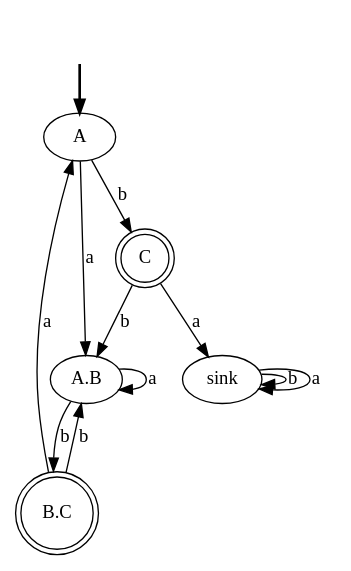
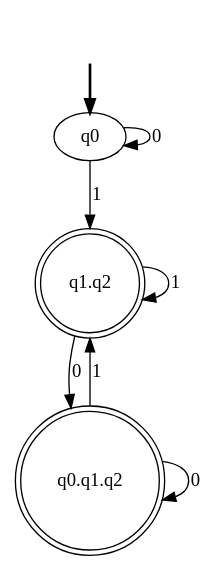
The diagram in DFA.dot (OM234/Discrete-Math-FSA-Assignment-2), drawn with Graphviz before and after one commit. The commit also changed 6 other files, not shown here.

```diff
--- a/DFA.dot
+++ b/DFA.dot
@@ -1,19 +1,13 @@
 digraph {
 	fake [style=invisible]
-	"A.B"
-	C [shape=doublecircle]
-	"B.C" [shape=doublecircle]
-	sink
-	A [root=true]
-	fake -> A [style=bold]
-	A -> "A.B" [label=a]
-	A -> C [label=b]
-	"A.B" -> "A.B" [label=a]
-	"A.B" -> "B.C" [label=b]
-	C -> "A.B" [label=b]
-	"B.C" -> A [label=a]
-	"B.C" -> "A.B" [label=b]
-	C -> sink [label=a]
-	sink -> sink [label=b]
-	sink -> sink [label=a]
+	"q0.q1.q2" [shape=doublecircle]
+	"q1.q2" [shape=doublecircle]
+	q0 [root=true]
+	fake -> q0 [style=bold]
+	q0 -> q0 [label=0]
+	q0 -> "q1.q2" [label=1]
+	"q1.q2" -> "q0.q1.q2" [label=0]
+	"q1.q2" -> "q1.q2" [label=1]
+	"q0.q1.q2" -> "q0.q1.q2" [label=0]
+	"q0.q1.q2" -> "q1.q2" [label=1]
 }
```
